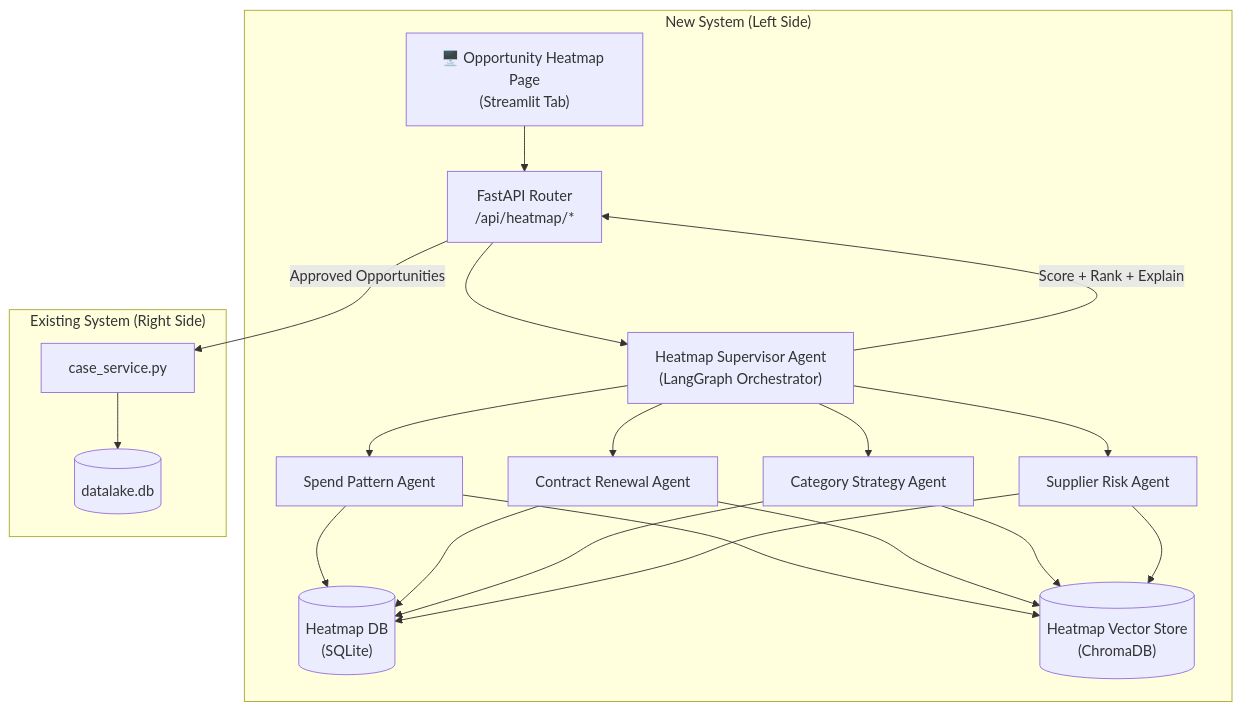
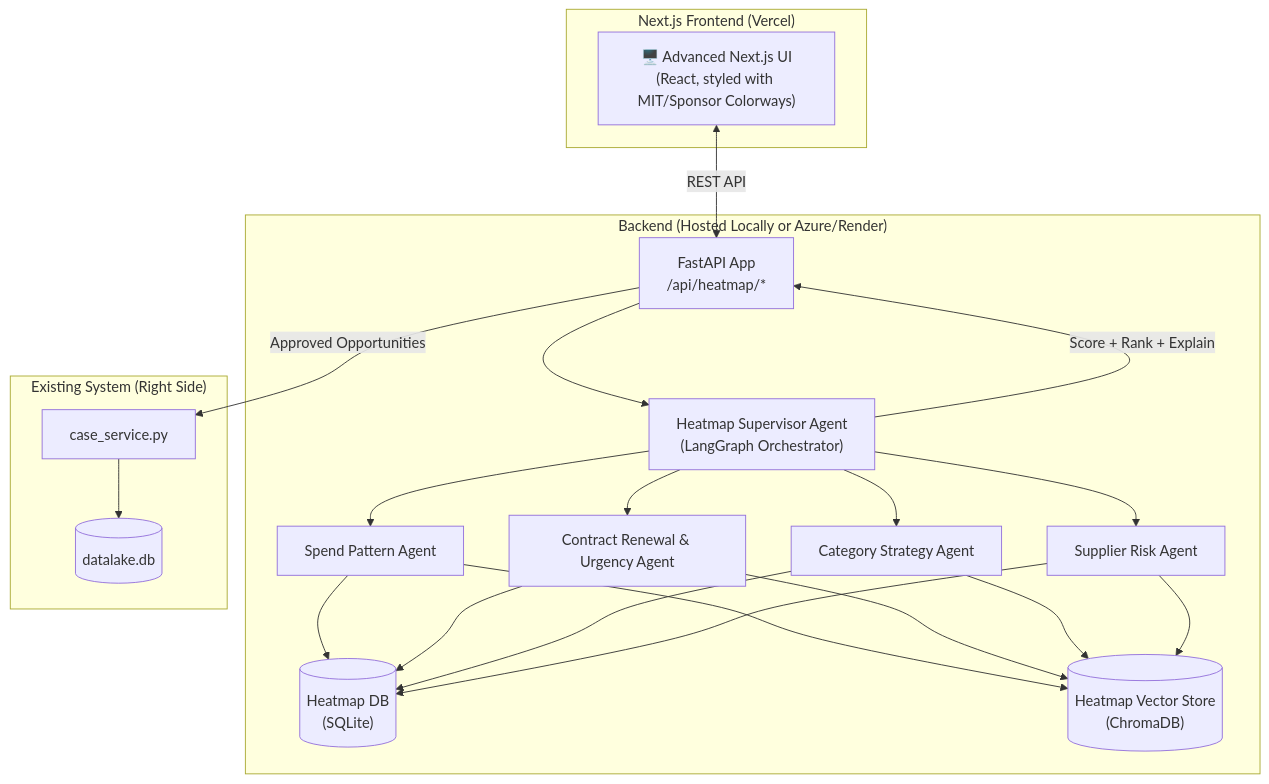
The diagram in Opportunity_Scope_implementation_plan.md (Andrariando/agentic-sourcing-poc), drawn with Mermaid before and after one commit. The commit also changed other lines of this file and 50 other files, not shown here.

````diff
--- a/Opportunity_Scope_implementation_plan.md
+++ b/Opportunity_Scope_implementation_plan.md
@@ -20,28 +23,31 @@
 ```mermaid
 graph TD
-    subgraph "New System (Left Side)"
-        UI["🖥️ Opportunity Heatmap Page<br>(Streamlit Tab)"]
-        API["FastAPI Router<br>/api/heatmap/*"]
+    subgraph "Next.js Frontend (Vercel)"
+        UI["🖥️ Advanced Next.js UI<br>(React, styled with MIT/Sponsor Colorways)"]
+    end
+
+    subgraph "Backend (Hosted Locally or Azure/Render)"
+        API["FastAPI App<br>/api/heatmap/*"]
         SUP["Heatmap Supervisor Agent<br>(LangGraph Orchestrator)"]
         SPA["Spend Pattern Agent"]
-        CRA["Contract Renewal Agent"]
+        CRA["Contract Renewal & Urgency Agent"]
         CSA["Category Strategy Agent"]
         SRA["Supplier Risk Agent"]
         HDB[("Heatmap DB<br>(SQLite)")]
         HVEC[("Heatmap Vector Store<br>(ChromaDB)")]
     end
 
     subgraph "Existing System (Right Side)"
         CS["case_service.py"]
         EDB[("datalake.db")]
     end
 
-    UI --> API
+    UI <--> |REST API| API
     API --> SUP
     SUP --> SPA & CRA & CSA & SRA
     SPA & CRA & CSA & SRA --> HDB
     SPA & CRA & CSA & SRA --> HVEC
     SUP --> |"Score + Rank + Explain"| API
     API --> |"Approved Opportunities"| CS
     CS --> EDB
 ```
````
